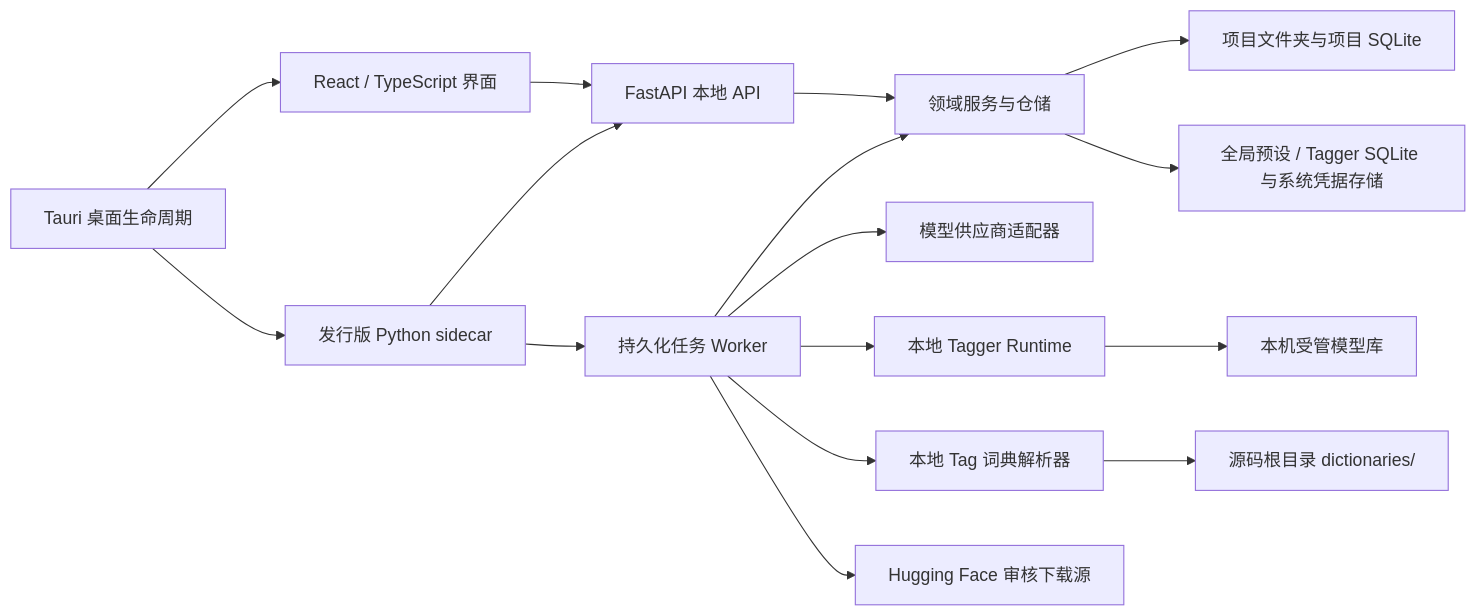
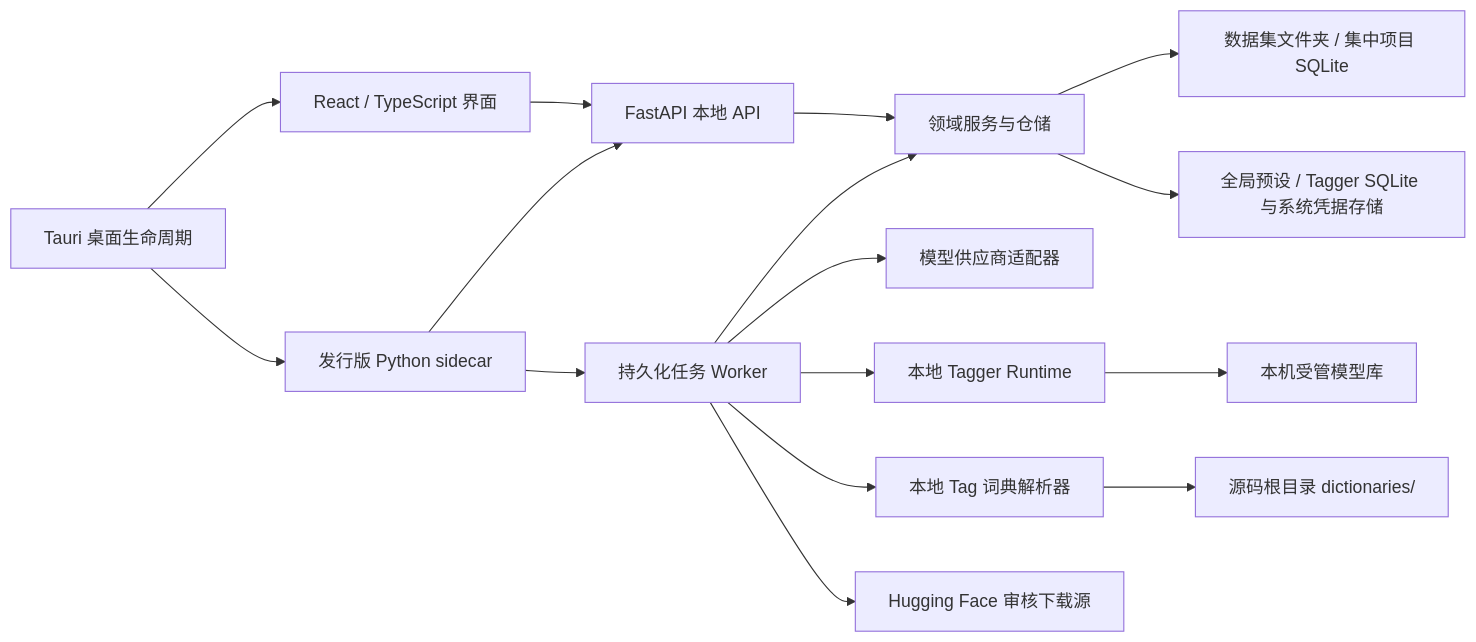
The diagram in docs/architecture.md (Xuness/dataset-annotation-studio), drawn with Mermaid before and after one commit. The commit also changed other lines of this file and 85 other files, not shown here.

````diff
--- a/docs/architecture.md
+++ b/docs/architecture.md
@@ -14,18 +14,18 @@
 ```mermaid
 flowchart LR
     UI["React / TypeScript 界面"] --> API["FastAPI 本地 API"]
     API --> Core["领域服务与仓储"]
     Worker["持久化任务 Worker"] --> Core
     Worker --> Provider["模型供应商适配器"]
     Worker --> Tagger["本地 Tagger Runtime"]
     Worker --> Dictionary["本地 Tag 词典解析器"]
     Worker --> HuggingFace["Hugging Face 审核下载源"]
-    Core --> Project["项目文件夹与项目 SQLite"]
+    Core --> Project["数据集文件夹 / 集中项目 SQLite"]
     Core --> Global["全局预设 / Tagger SQLite 与系统凭据存储"]
     Tagger --> ModelLibrary["本机受管模型库"]
     Dictionary --> DictionaryLibrary["源码根目录 dictionaries/"]
     Tauri["Tauri 桌面生命周期"] --> UI
     Tauri --> Sidecar["发行版 Python sidecar"]
     Sidecar --> API
     Sidecar --> Worker
 ```
````
